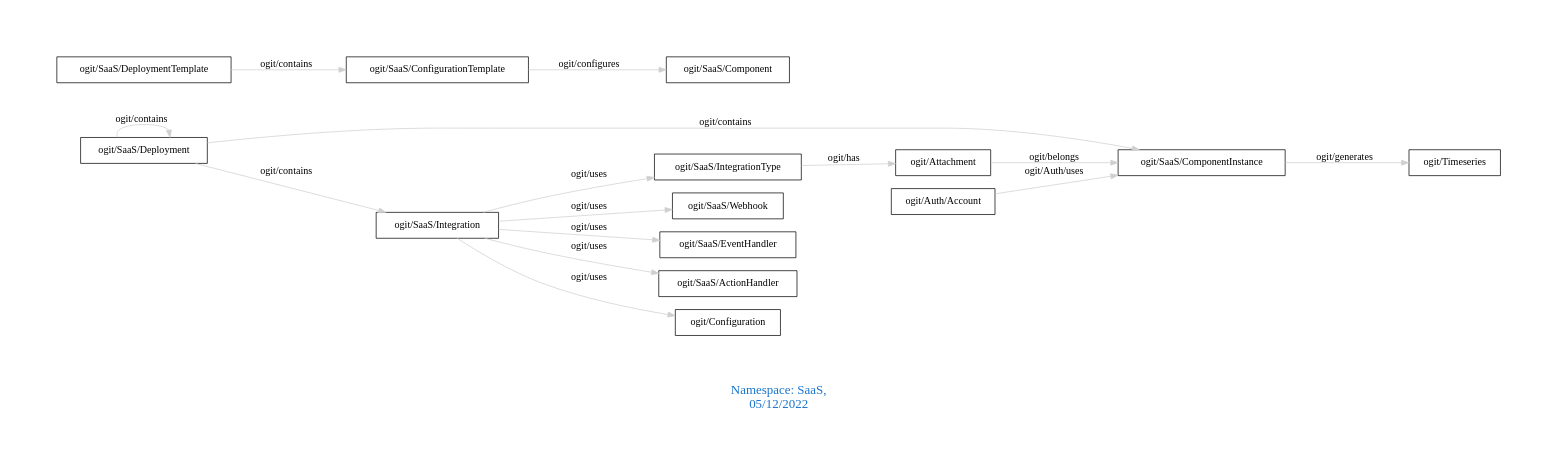
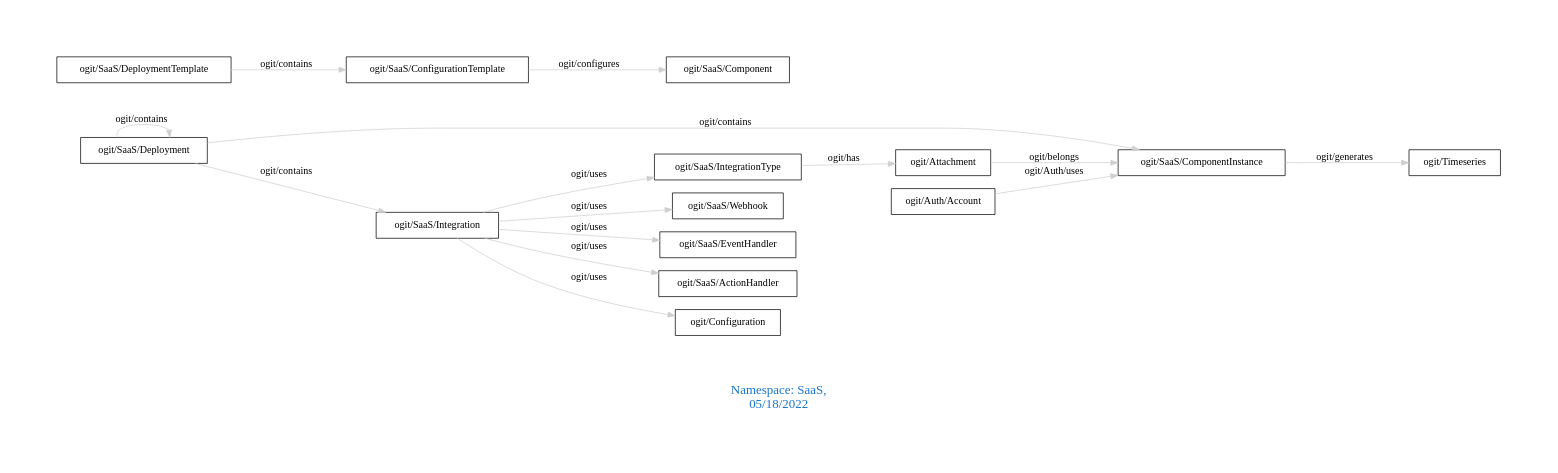
Before and after one commit to arago/OGIT: the diagram in downloads/SaaS.dot, drawn with Graphviz. The commit also changed 1927 other files, not shown here.

```diff
--- a/downloads/SaaS.dot
+++ b/downloads/SaaS.dot
@@ -1,22 +1,22 @@
 digraph OGIT_ontology {
  graph [ rankdir= LR,pad=1 
 fontsize = 18,
-fontcolor= dodgerblue3,label = "\n\n\nNamespace: SaaS, \n 05/12/2022"];
+fontcolor= dodgerblue3,label = "\n\n\nNamespace: SaaS, \n 05/18/2022"];
 node[shape=polygon];
 edge [  color="gray81"];
 
    "ogit/SaaS/Deployment" -> "ogit/SaaS/ComponentInstance" [label="   ogit/contains    "];
    "ogit/SaaS/Deployment" -> "ogit/SaaS/Integration" [label="   ogit/contains    "];
    "ogit/SaaS/DeploymentTemplate" -> "ogit/SaaS/ConfigurationTemplate" [label="   ogit/contains    "];
    "ogit/SaaS/ComponentInstance" -> "ogit/Timeseries" [label="   ogit/generates    "];
    "ogit/SaaS/ConfigurationTemplate" -> "ogit/SaaS/Component" [label="   ogit/configures    "];
    "ogit/Attachment" -> "ogit/SaaS/ComponentInstance" [label="   ogit/belongs    "];
    "ogit/SaaS/Integration" -> "ogit/SaaS/IntegrationType" [label="   ogit/uses    "];
    "ogit/SaaS/Integration" -> "ogit/SaaS/Webhook" [label="   ogit/uses    "];
    "ogit/SaaS/Integration" -> "ogit/SaaS/EventHandler" [label="   ogit/uses    "];
    "ogit/SaaS/Integration" -> "ogit/SaaS/ActionHandler" [label="   ogit/uses    "];
    "ogit/SaaS/Integration" -> "ogit/Configuration" [label="   ogit/uses    "];
    "ogit/Auth/Account" -> "ogit/SaaS/ComponentInstance" [label="   ogit/Auth/uses    "];
    "ogit/SaaS/IntegrationType" -> "ogit/Attachment" [label="   ogit/has    "];
    "ogit/SaaS/Deployment" -> "ogit/SaaS/Deployment" [label="   ogit/contains    "];
 }
```
